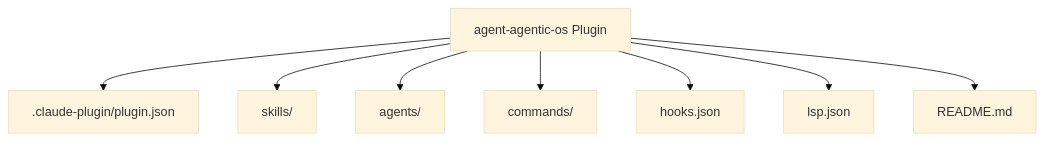
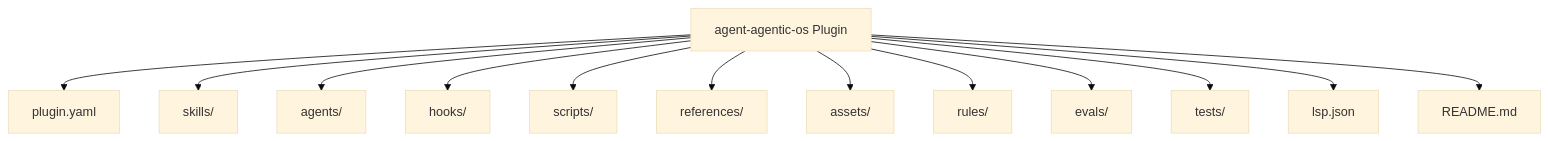
Before and after one commit to richfrem/agent-plugins-skills: the diagram in plugins/agent-agentic-os/assets/diagrams/agent-agentic-os-architecture.mmd, drawn with Mermaid (base theme). The commit also changed other lines of this file and 943 other files, not shown here.

First line of the commit message:
refactor(agent-agentic-os): consolidate into os-control-* and os-lab-* clusters (#697)

```diff
--- a/plugins/agent-agentic-os/assets/diagrams/agent-agentic-os-architecture.mmd
+++ b/plugins/agent-agentic-os/assets/diagrams/agent-agentic-os-architecture.mmd
@@ -1,8 +1,13 @@
 graph TD
-    A[agent-agentic-os Plugin] --> B[.claude-plugin/plugin.json]
+    A[agent-agentic-os Plugin] --> B[plugin.yaml]
     A --> C[skills/]
     A --> D[agents/]
-    A --> E[commands/]
-    A --> F[hooks.json]
-    A --> G[lsp.json]
-    A --> I[README.md]
+    A --> E[hooks/]
+    A --> F[scripts/]
+    A --> G[references/]
+    A --> H[assets/]
+    A --> I[rules/]
+    A --> J[evals/]
+    A --> K[tests/]
+    A --> L[lsp.json]
+    A --> M[README.md]
```
